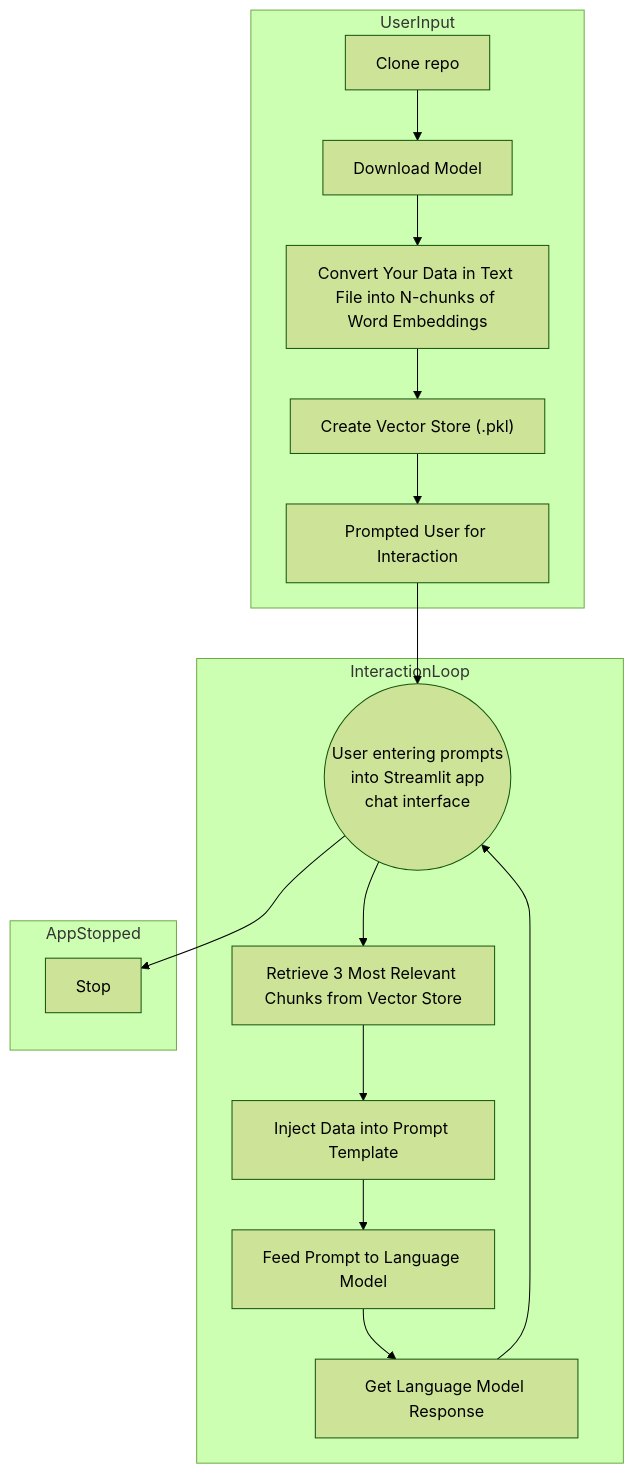
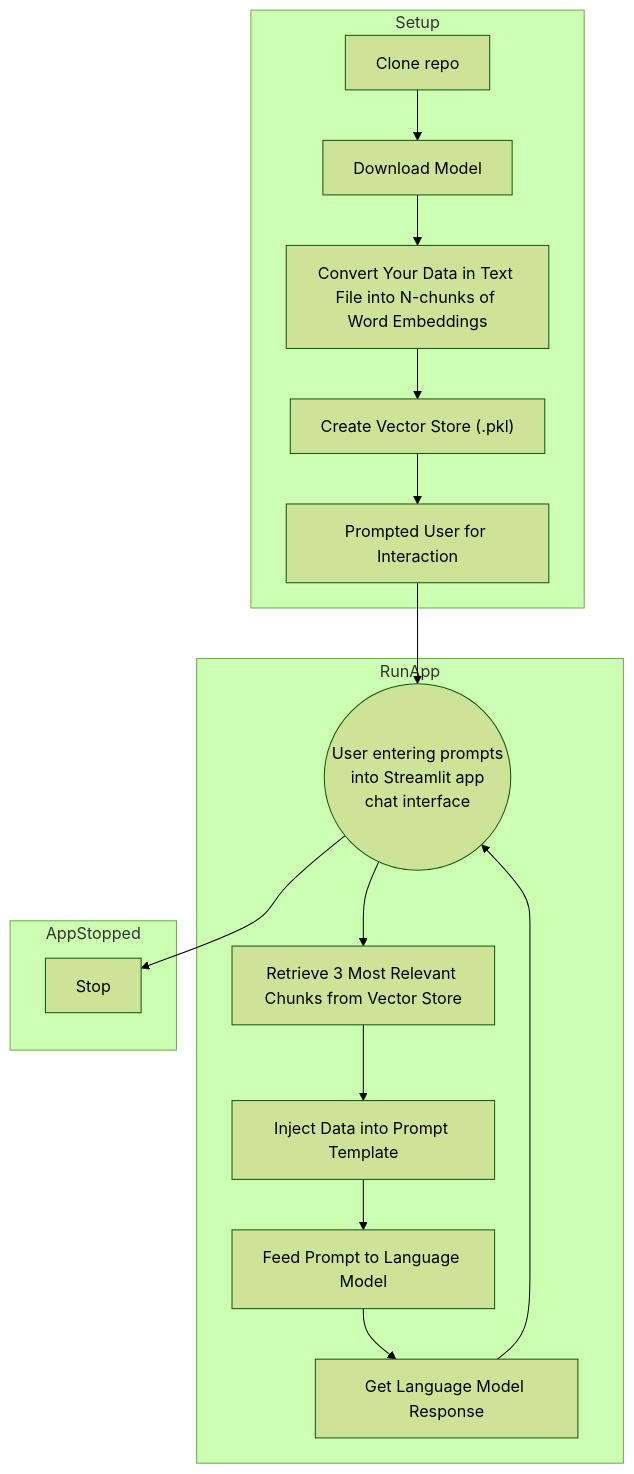
One commit to bbartling/BrickModelSummarizer changed the diagram in README.md. Above: the diagram before and after it, drawn with Mermaid (forest theme).

````diff
--- a/README.md
+++ b/README.md
@@ -8,34 +8,34 @@
 ```mermaid
 graph TD
-  subgraph UserInput
+  subgraph Setup
     start[Clone repo]
     downloadModel[Download Model]
     convertText[Convert Your Data in Text File into N-chunks of Word Embeddings]
     createVector["Create Vector Store (.pkl)"]
     prompt[Prompted User for Interaction]
   end
 
-  subgraph InteractionLoop
+  subgraph RunApp
     loop((User entering prompts<br>into Streamlit app<br>chat interface))
     retrieve[Retrieve 3 Most Relevant Chunks from Vector Store]
     inject[Inject Data into Prompt Template]
     feed[Feed Prompt to Language Model]
     response[Get Language Model Response]
   end
 
   subgraph AppStopped
     stop[Stop]
   end
 
   start --> downloadModel
   downloadModel --> convertText
   convertText --> createVector
   createVector --> prompt
   prompt --> loop
   loop --> retrieve
   retrieve --> inject
   inject --> feed
   feed --> response
   response --> loop
   loop --> stop
 ```
````
